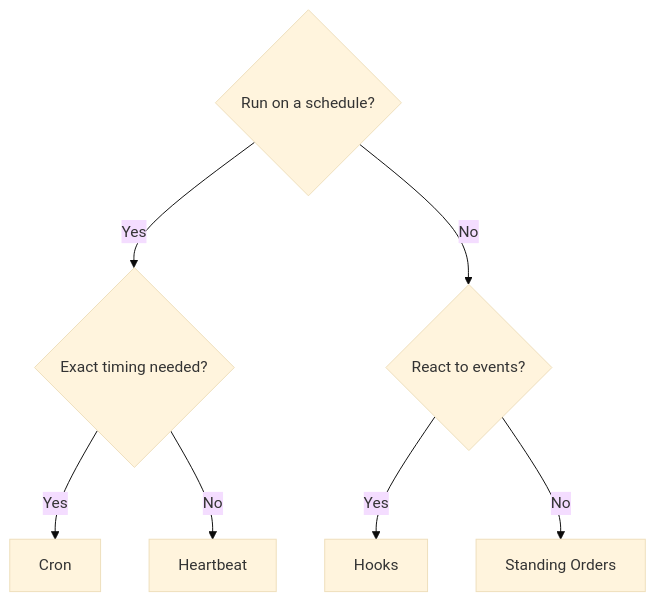
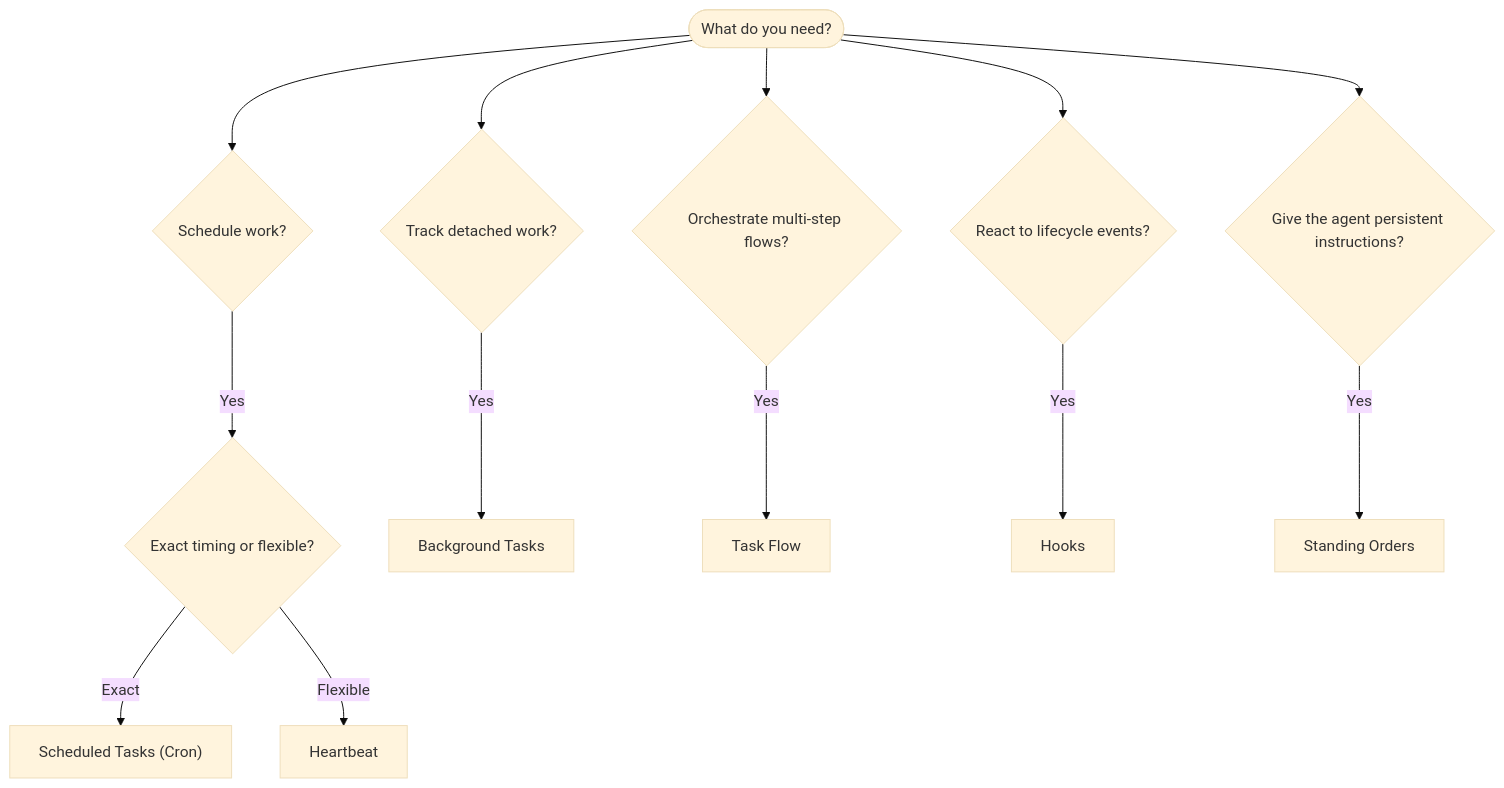
One commit to openclaw/openclaw changed the diagram in docs/automation/index.md. Above: the diagram before and after it, drawn with Mermaid (base theme). The commit also changed other lines of this file, not shown here.

````diff
--- a/docs/automation/index.md
+++ b/docs/automation/index.md
@@ -16,9 +16,17 @@
 ```mermaid
 flowchart TD
-    A{Run on a schedule?} -->|Yes| B{Exact timing needed?}
-    A -->|No| C{React to events?}
-    B -->|Yes| D[Cron]
-    B -->|No| E[Heartbeat]
-    C -->|Yes| F[Hooks]
-    C -->|No| G[Standing Orders]
+    START([What do you need?]) --> Q1{Schedule work?}
+    START --> Q2{Track detached work?}
+    START --> Q3{Orchestrate multi-step flows?}
+    START --> Q4{React to lifecycle events?}
+    START --> Q5{Give the agent persistent instructions?}
+
+    Q1 -->|Yes| Q1a{Exact timing or flexible?}
+    Q1a -->|Exact| CRON["Scheduled Tasks (Cron)"]
+    Q1a -->|Flexible| HEARTBEAT[Heartbeat]
+
+    Q2 -->|Yes| TASKS[Background Tasks]
+    Q3 -->|Yes| FLOW[Task Flow]
+    Q4 -->|Yes| HOOKS[Hooks]
+    Q5 -->|Yes| SO[Standing Orders]
 ```
````
